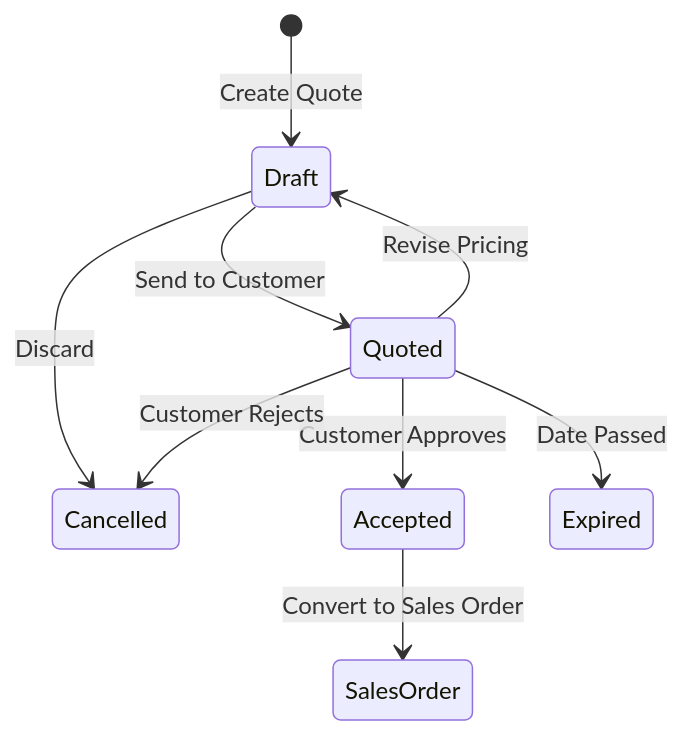
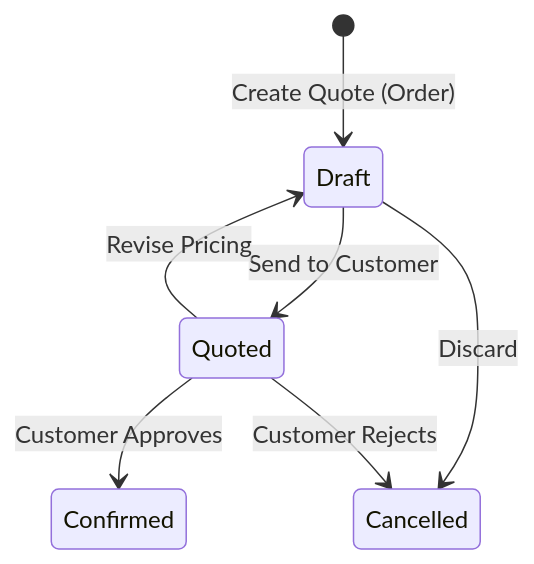
The diagram in docs/user/sales_quotes.md (herobmdotcom/herobm), drawn with Mermaid before and after one commit. The commit also changed other lines of this file and 6 other files, not shown here.

````diff
--- a/docs/user/sales_quotes.md
+++ b/docs/user/sales_quotes.md
@@ -44,13 +39,10 @@
 ```mermaid
 stateDiagram-v2
-    [*] --> Draft : Create Quote
+    [*] --> Draft : Create Quote (Order)
     Draft --> Quoted : Send to Customer
     Draft --> Cancelled : Discard
 
-    Quoted --> Accepted : Customer Approves
+    Quoted --> Confirmed : Customer Approves
     Quoted --> Draft : Revise Pricing
-    Quoted --> Expired : Date Passed
     Quoted --> Cancelled : Customer Rejects
-
-    Accepted --> SalesOrder : Convert to Sales Order
 ```
````
